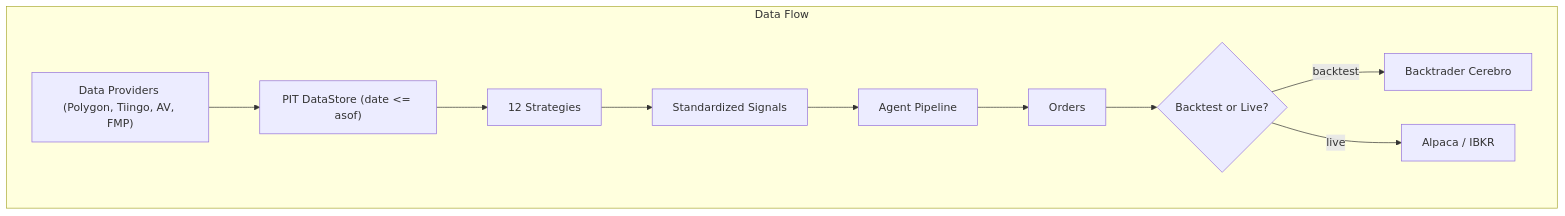
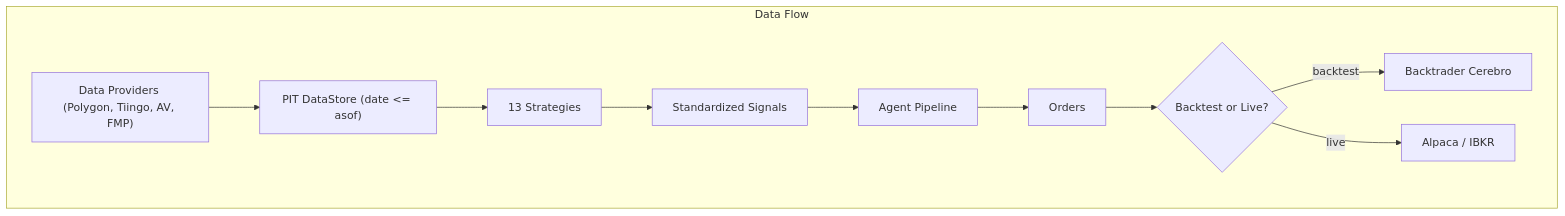
Before and after one commit to avim2809/ai-trading-system: the second of 2 diagrams in README.md, drawn with Mermaid. The commit also changed other lines of this file, not shown here.

First line of the commit message:
Refresh README: 13 strategies, sleeved capital, new pages/endpoints, test count

````diff
--- a/README.md
+++ b/README.md
@@ -68,14 +69,14 @@
 ```mermaid
 flowchart LR
   subgraph DataFlow [Data Flow]
     direction LR
     Providers["Data Providers (Polygon, Tiingo, AV, FMP)"] --> PIT["PIT DataStore (date <= asof)"]
-    PIT --> Strategies["12 Strategies"]
+    PIT --> Strategies["13 Strategies"]
     Strategies --> Signals["Standardized Signals"]
     Signals --> Pipeline["Agent Pipeline"]
     Pipeline --> Orders["Orders"]
     Orders --> Engine{"Backtest or Live?"}
     Engine -->|backtest| BT[Backtrader Cerebro]
     Engine -->|live| Broker["Alpaca / IBKR"]
   end
 ```
````
